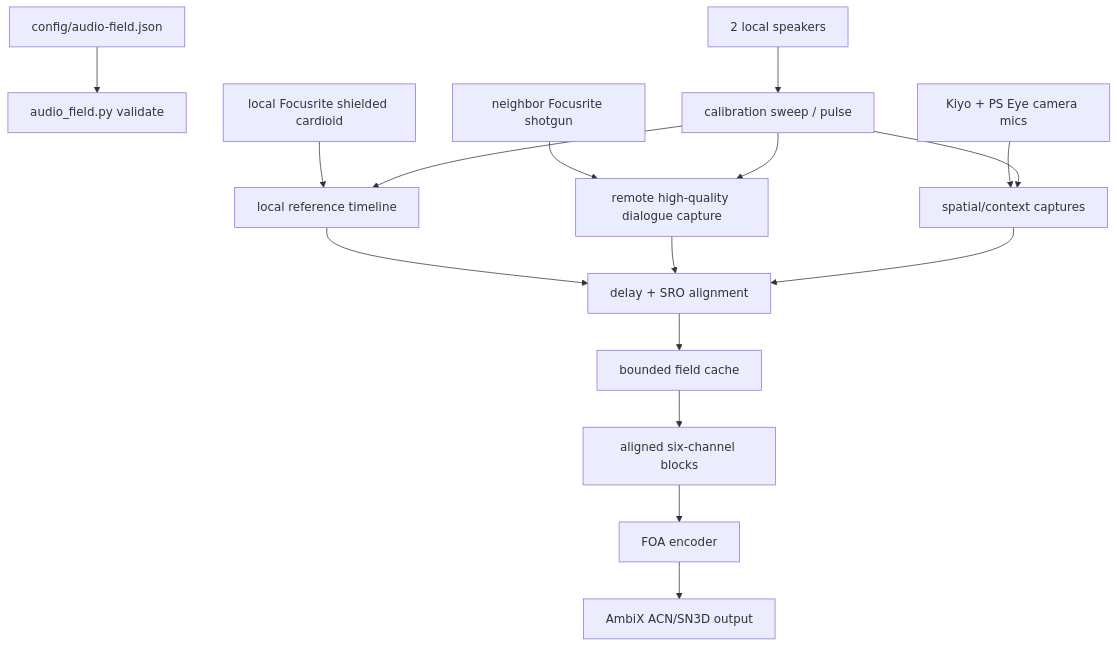
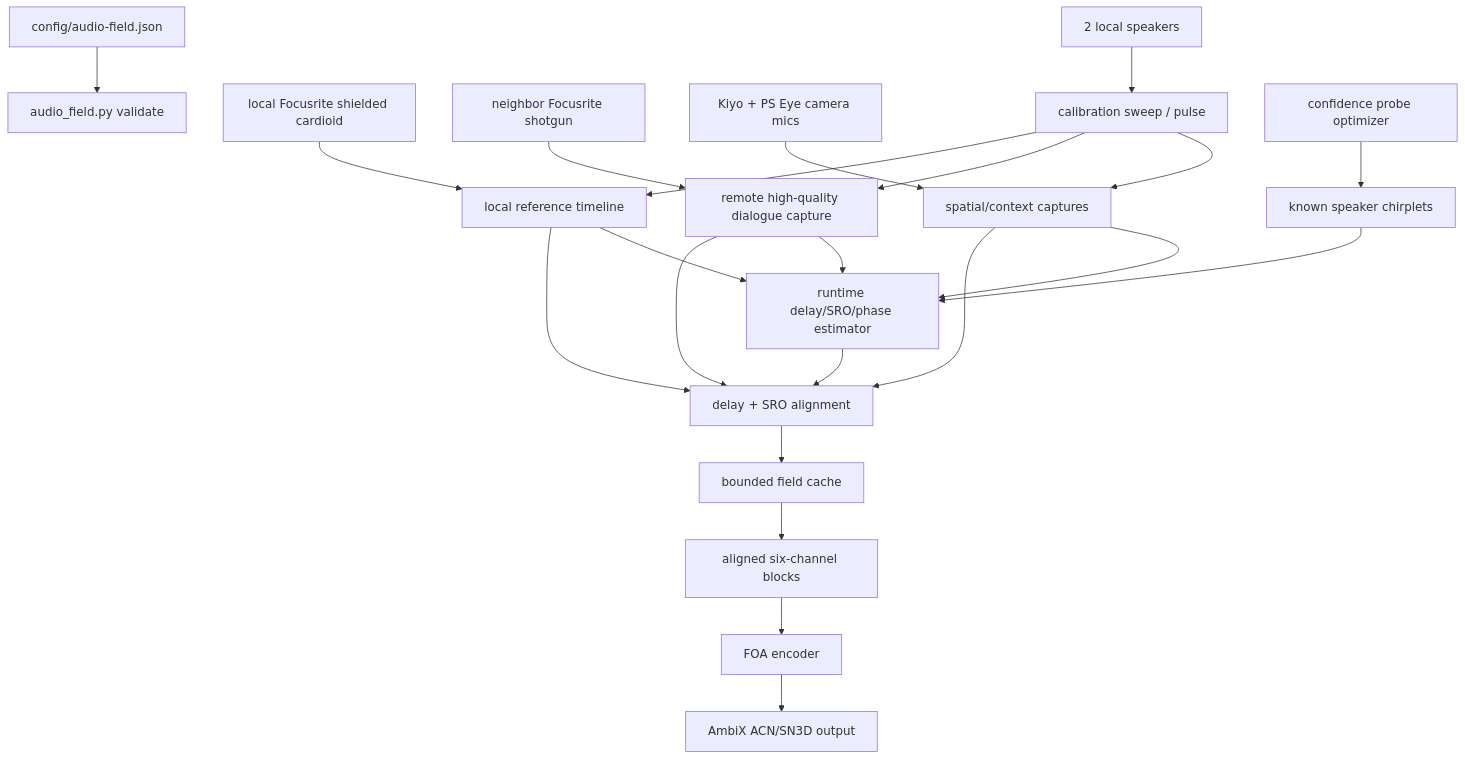
The diagram in docs/audio-field.md (GameCult/Mimir), drawn with Mermaid before and after one commit. The commit also changed other lines of this file and 9 other files, not shown here.

````diff
--- a/docs/audio-field.md
+++ b/docs/audio-field.md
@@ -22,18 +26,24 @@
 ```mermaid
 flowchart TD
     A["config/audio-field.json"] --> B["audio_field.py validate"]
     C["local Focusrite shielded cardioid"] --> D["local reference timeline"]
     E["neighbor Focusrite shotgun"] --> F["remote high-quality dialogue capture"]
     G["Kiyo + PS Eye camera mics"] --> H["spatial/context captures"]
     I["2 local speakers"] --> J["calibration sweep / pulse"]
     J --> D
     J --> F
     J --> H
     D --> K["delay + SRO alignment"]
     F --> K
     H --> K
     K --> L["bounded field cache"]
+    P["known speaker chirplets"] --> Q["runtime delay/SRO/phase estimator"]
+    R["confidence probe optimizer"] --> P
+    D --> Q
+    F --> Q
+    H --> Q
+    Q --> K
     L --> M["aligned six-channel blocks"]
     M --> N["FOA encoder"]
     N --> O["AmbiX ACN/SN3D output"]
 ```
````
